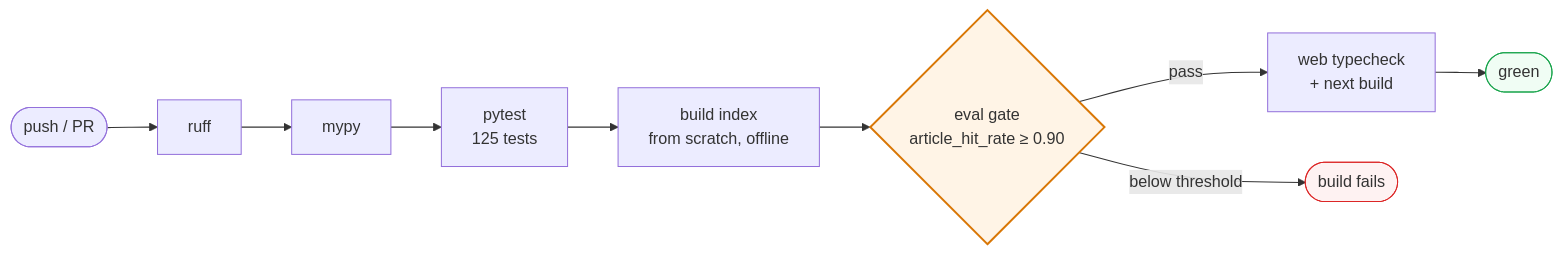
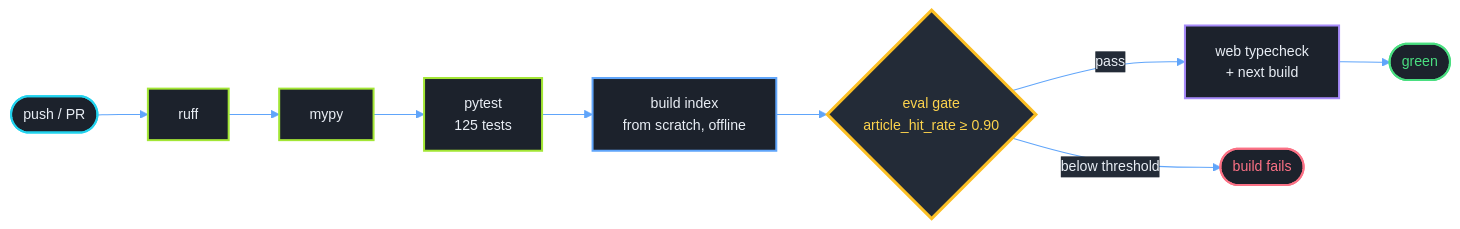
One commit to arhamchoudhary04/Pakistan-Law-Copilot changed the second of 2 diagrams in README.md. Above: the diagram before and after it, drawn with Mermaid. The commit also changed other lines of this file and 3 other files, not shown here.

First line of the commit message:
docs: generated colour diagrams and a badge-based tech stack

````diff
--- a/README.md
+++ b/README.md
@@ -507,11 +531,21 @@
 ```mermaid
+%%{init: {'theme':'base','themeVariables':{
+  'background':'#0E1117','primaryColor':'#1C222C','primaryTextColor':'#E9EEF5',
+  'primaryBorderColor':'#3B475A','lineColor':'#60A5FA','textColor':'#E9EEF5',
+  'secondaryColor':'#232B37','tertiaryColor':'#151A22','fontSize':'14px'}}}%%
 flowchart LR
     P(["push / PR"]) --> L["ruff"] --> T["mypy"] --> U["pytest<br/>125 tests"]
     U --> IX["build index<br/>from scratch, offline"] --> EV{"eval gate<br/>article_hit_rate ≥ 0.90"}
     EV -->|"pass"| W["web typecheck<br/>+ next build"] --> OK(["green"])
     EV -->|"below threshold"| FAIL(["build fails"])
 
-    style EV fill:#fff4e6,stroke:#d97706,stroke-width:2px
-    style OK fill:#f0fdf4,stroke:#16a34a
-    style FAIL fill:#fef2f2,stroke:#dc2626
+    style P fill:#1C222C,stroke:#22D3EE,stroke-width:2px,color:#E9EEF5
+    style L fill:#1C222C,stroke:#A3E635,stroke-width:2px,color:#E9EEF5
+    style T fill:#1C222C,stroke:#A3E635,stroke-width:2px,color:#E9EEF5
+    style U fill:#1C222C,stroke:#A3E635,stroke-width:2px,color:#E9EEF5
+    style IX fill:#1C222C,stroke:#60A5FA,stroke-width:2px,color:#E9EEF5
+    style EV fill:#232B37,stroke:#FBBF24,stroke-width:3px,color:#FCD34D
+    style W fill:#1C222C,stroke:#A78BFA,stroke-width:2px,color:#E9EEF5
+    style OK fill:#1C222C,stroke:#4ADE80,stroke-width:2px,color:#4ADE80
+    style FAIL fill:#1C222C,stroke:#FB7185,stroke-width:2px,color:#FB7185
 ```
````
